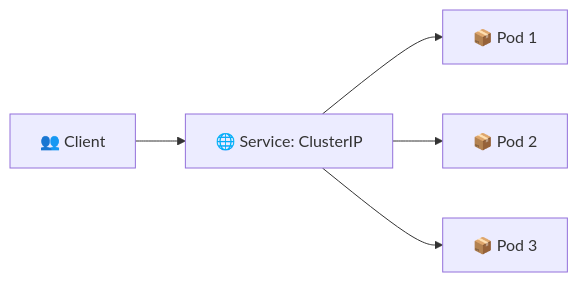
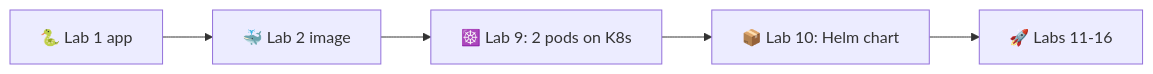
Before and after one commit to inno-devops-labs/DevOps-Core-Course: the fifth of 5 diagrams in lectures/lec9.md, drawn with Mermaid. The commit also changed other lines of this file and 24 other files, not shown here.

````diff
--- a/lectures/lec9.md
+++ b/lectures/lec9.md
@@ -375,7 +477,6 @@
 ```mermaid
 flowchart LR
-  Client[👥 Client] --> Service[🌐 Service: ClusterIP]
-  Service --> Pod1[📦 Pod 1]
-  Service --> Pod2[📦 Pod 2]
-  Service --> Pod3[📦 Pod 3]
+  Lab1[🐍 Lab 1 app] --> Lab2[🐳 Lab 2 image] --> Lab9[☸️ Lab 9: 2 pods on K8s]
+  Lab9 --> Lab10[📦 Lab 10: Helm chart]
+  Lab10 --> Future[🚀 Labs 11-16]
 ```
````
